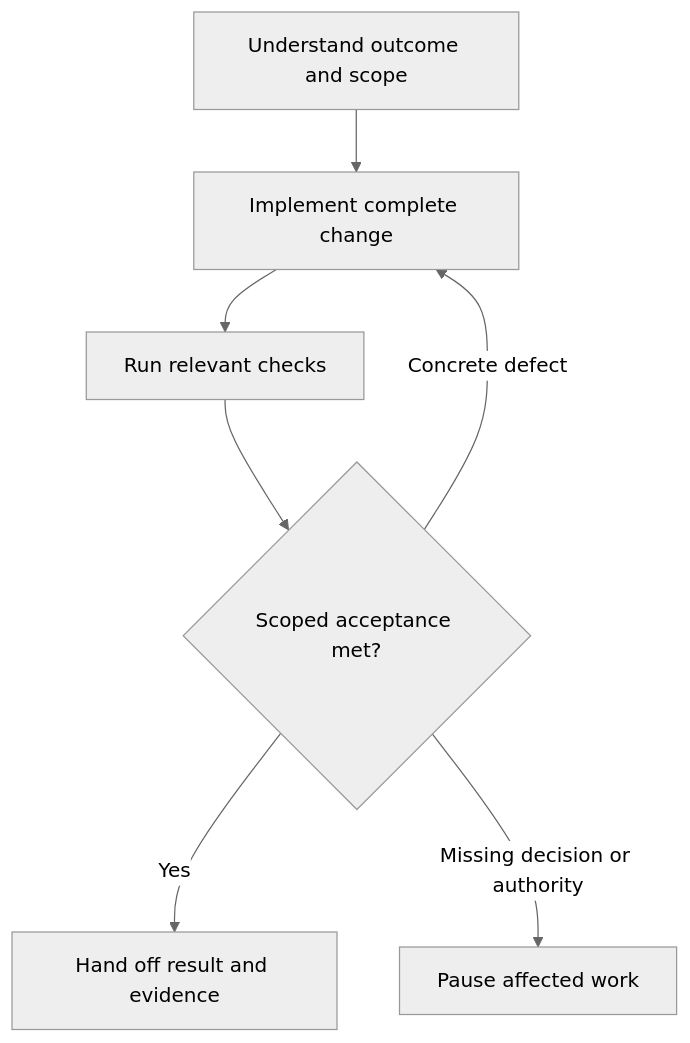
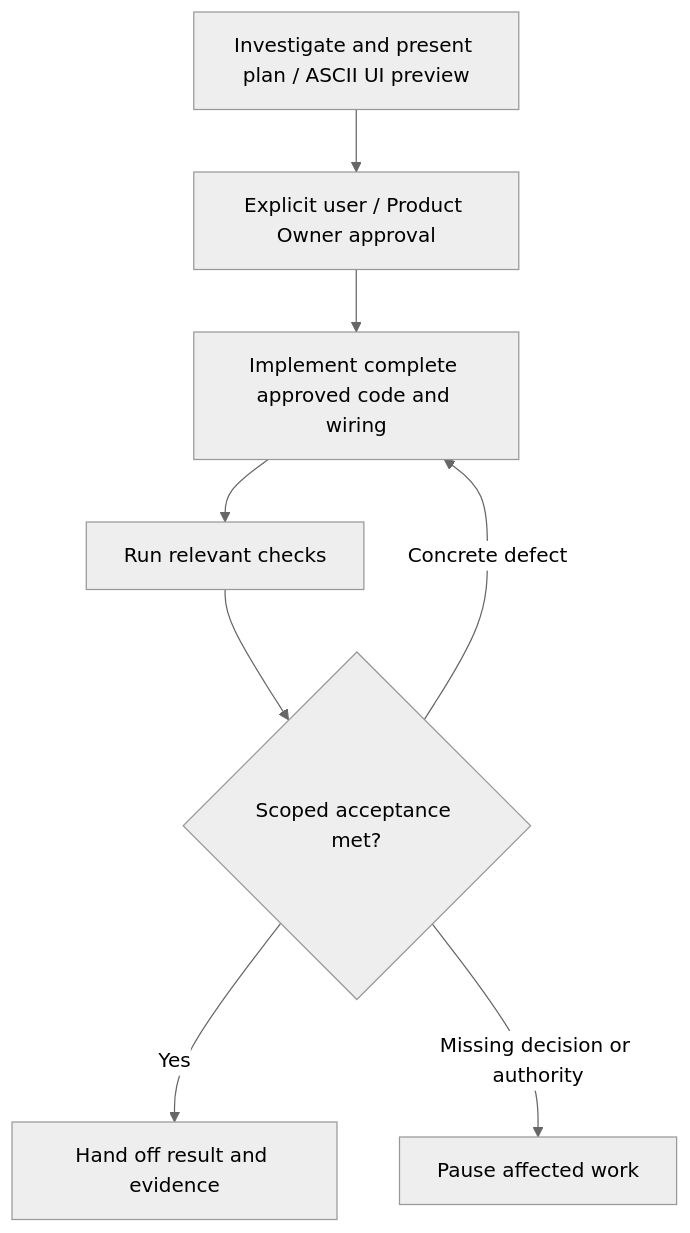
The diagram in README.md (khiemnd777/agent-kit), drawn with Mermaid (neutral theme) before and after one commit. The commit also changed other lines of this file and 61 other files, not shown here.

````diff
--- a/README.md
+++ b/README.md
@@ -20,9 +20,10 @@
 ```mermaid
 flowchart TD
-    A["Understand outcome and scope"] --> B["Implement complete change"]
+    A["Investigate and present plan / ASCII UI preview"] --> P["Explicit user / Product Owner approval"]
+    P --> B["Implement complete approved code and wiring"]
     B --> C["Run relevant checks"]
     C --> D{"Scoped acceptance met?"}
     D -->|Yes| E["Hand off result and evidence"]
     D -->|Concrete defect| B
     D -->|Missing decision or authority| F["Pause affected work"]
 ```
````
